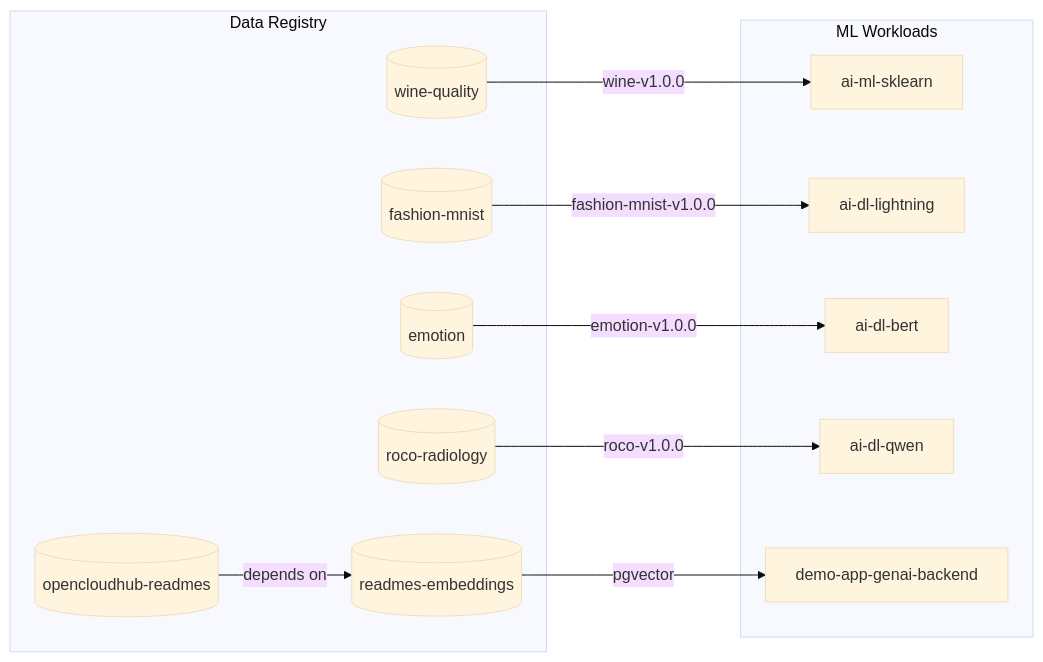
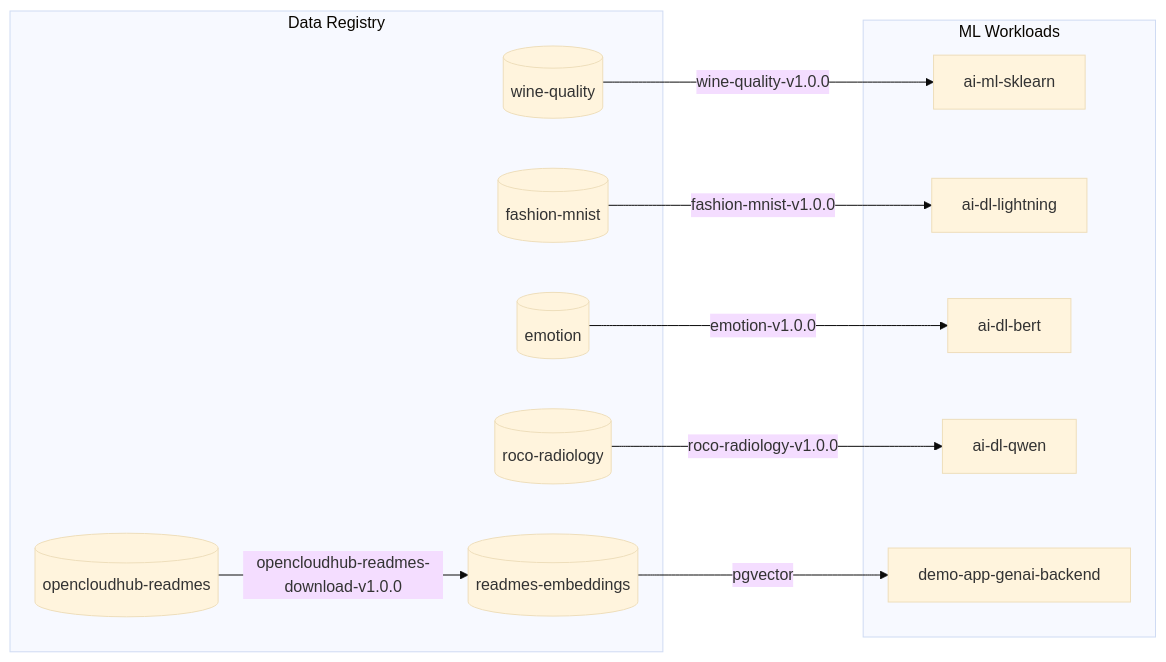
The first of 7 diagrams in README.md (OpenCloudHub/data-registry), drawn with Mermaid (base theme) before and after one commit. The commit also changed other lines of this file and 13 other files, not shown here.

````diff
--- a/README.md
+++ b/README.md
@@ -136,26 +136,26 @@
 ```mermaid
 flowchart LR
     subgraph registry["Data Registry"]
         WINE[(wine-quality)]
         FMNIST[(fashion-mnist)]
         EMOTION[(emotion)]
         ROCO[(roco-radiology)]
         READMES[(opencloudhub-readmes)]
         EMBED[(readmes-embeddings)]
     end
 
     subgraph training["ML Workloads"]
         SKLEARN[ai-ml-sklearn]
         LIGHTNING[ai-dl-lightning]
         BERT[ai-dl-bert]
         QWEN[ai-dl-qwen]
         RAG[demo-app-genai-backend]
     end
 
-    WINE -->|"wine-v1.0.0"| SKLEARN
+    WINE -->|"wine-quality-v1.0.0"| SKLEARN
     FMNIST -->|"fashion-mnist-v1.0.0"| LIGHTNING
     EMOTION -->|"emotion-v1.0.0"| BERT
-    ROCO -->|"roco-v1.0.0"| QWEN
-    READMES -->|"depends on"| EMBED
+    ROCO -->|"roco-radiology-v1.0.0"| QWEN
+    READMES -->|"opencloudhub-readmes-download-v1.0.0"| EMBED
     EMBED -->|"pgvector"| RAG
 ```
````
